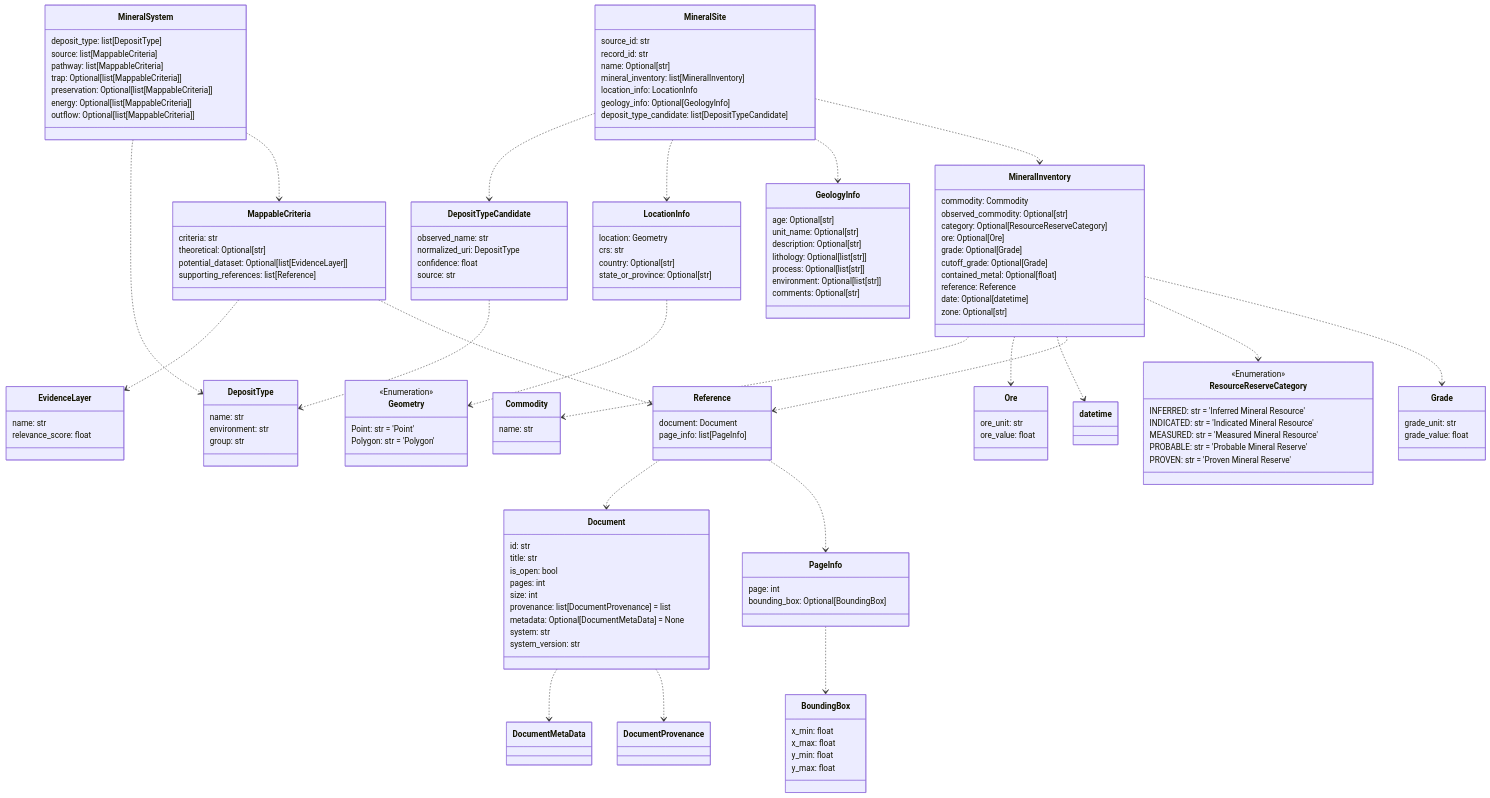
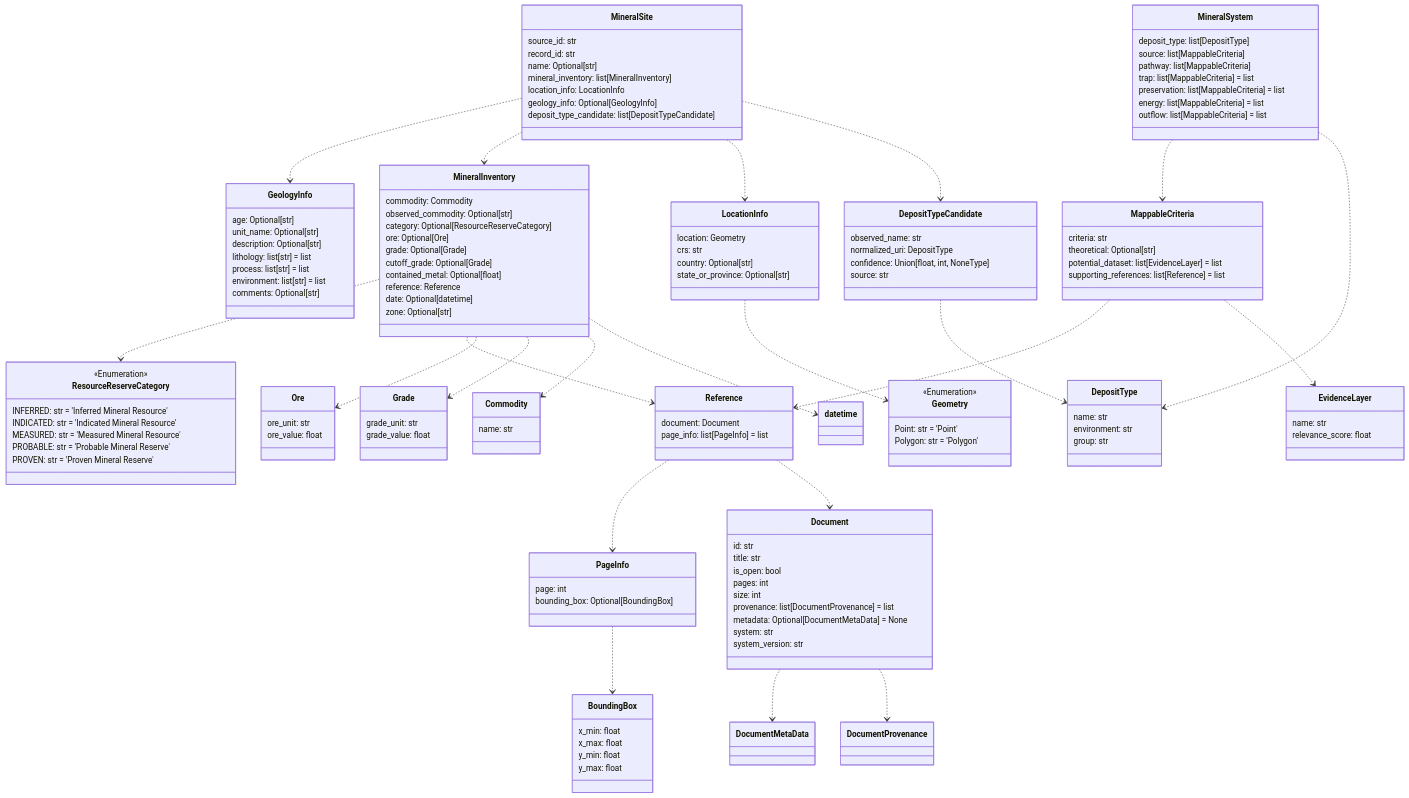
The tenth of 12 diagrams in README.md (DARPA-CRITICALMAAS/cdr_schemas), drawn with Mermaid before and after one commit. The commit also changed other lines of this file and 7 other files, not shown here.

````diff
--- a/README.md
+++ b/README.md
@@ -737,71 +737,11 @@
 ```mermaid
 classDiagram
-
-    class Commodity {
-        name: str
-    }
-
-    class Grade {
-        grade_unit: str
-        grade_value: float
-    }
-
-    class Reference {
-        document: Document
-        page_info: list[PageInfo]
-    }
 
     class MappableCriteria {
         criteria: str
         theoretical: Optional[str]
-        potential_dataset: Optional[list[EvidenceLayer]]
-        supporting_references: list[Reference]
-    }
-
-    class EvidenceLayer {
-        name: str
-        relevance_score: float
-    }
-
-    class MineralSystem {
-        deposit_type: list[DepositType]
-        source: list[MappableCriteria]
-        pathway: list[MappableCriteria]
-        trap: Optional[list[MappableCriteria]]
-        preservation: Optional[list[MappableCriteria]]
-        energy: Optional[list[MappableCriteria]]
-        outflow: Optional[list[MappableCriteria]]
-    }
-
-    class Ore {
-        ore_unit: str
-        ore_value: float
-    }
-
-    class GeologyInfo {
-        age: Optional[str]
-        unit_name: Optional[str]
-        description: Optional[str]
-        lithology: Optional[list[str]]
-        process: Optional[list[str]]
-        environment: Optional[list[str]]
-        comments: Optional[str]
-    }
-
-    class MineralSite {
-        source_id: str
-        record_id: str
-        name: Optional[str]
-        mineral_inventory: list[MineralInventory]
-        location_info: LocationInfo
-        geology_info: Optional[GeologyInfo]
-        deposit_type_candidate: list[DepositTypeCandidate]
-    }
-
-    class Geometry {
-        <<Enumeration>>
-        Point: str = 'Point'
-        Polygon: str = 'Polygon'
+        potential_dataset: list[EvidenceLayer] = list
+        supporting_references: list[Reference] = list
     }
 
     class LocationInfo {
@@ -811,25 +751,15 @@
         state_or_province: Optional[str]
     }
 
-    class Document {
-        id: str
-        title: str
-        is_open: bool
-        pages: int
-        size: int
-        provenance: list[DocumentProvenance] = list
-        metadata: Optional[DocumentMetaData] = None
-        system: str
-        system_version: str
+    class Geometry {
+        <<Enumeration>>
+        Point: str = 'Point'
+        Polygon: str = 'Polygon'
     }
 
-    class ResourceReserveCategory {
-        <<Enumeration>>
-        INFERRED: str = 'Inferred Mineral Resource'
-        INDICATED: str = 'Indicated Mineral Resource'
-        MEASURED: str = 'Measured Mineral Resource'
-        PROBABLE: str = 'Probable Mineral Reserve'
-        PROVEN: str = 'Proven Mineral Reserve'
+    class EvidenceLayer {
+        name: str
+        relevance_score: float
     }
 
     class BoundingBox {
@@ -839,10 +769,9 @@
         y_max: float
     }
 
-    class DepositType {
-        name: str
-        environment: str
-        group: str
+    class PageInfo {
+        page: int
+        bounding_box: Optional[BoundingBox]
     }
 
     class MineralInventory {
@@ -858,39 +787,110 @@
         zone: Optional[str]
     }
 
-    class PageInfo {
-        page: int
-        bounding_box: Optional[BoundingBox]
+    class Document {
+        id: str
+        title: str
+        is_open: bool
+        pages: int
+        size: int
+        provenance: list[DocumentProvenance] = list
+        metadata: Optional[DocumentMetaData] = None
+        system: str
+        system_version: str
+    }
+
+    class Ore {
+        ore_unit: str
+        ore_value: float
+    }
+
+    class Commodity {
+        name: str
+    }
+
+    class MineralSite {
+        source_id: str
+        record_id: str
+        name: Optional[str]
+        mineral_inventory: list[MineralInventory]
+        location_info: LocationInfo
+        geology_info: Optional[GeologyInfo]
+        deposit_type_candidate: list[DepositTypeCandidate]
+    }
+
+    class ResourceReserveCategory {
+        <<Enumeration>>
+        INFERRED: str = 'Inferred Mineral Resource'
+        INDICATED: str = 'Indicated Mineral Resource'
+        MEASURED: str = 'Measured Mineral Resource'
+        PROBABLE: str = 'Probable Mineral Reserve'
+        PROVEN: str = 'Proven Mineral Reserve'
+    }
+
+    class Reference {
+        document: Document
+        page_info: list[PageInfo] = list
+    }
+
+    class MineralSystem {
+        deposit_type: list[DepositType]
+        source: list[MappableCriteria]
+        pathway: list[MappableCriteria]
+        trap: list[MappableCriteria] = list
+        preservation: list[MappableCriteria] = list
+        energy: list[MappableCriteria] = list
+        outflow: list[MappableCriteria] = list
     }
 
     class DepositTypeCandidate {
         observed_name: str
         normalized_uri: DepositType
-        confidence: float
+        confidence: Union[float, int, NoneType]
         source: str
+    }
+
+    class DepositType {
+        name: str
+        environment: str
+        group: str
+    }
+
+    class Grade {
+        grade_unit: str
+        grade_value: float
+    }
+
+    class GeologyInfo {
+        age: Optional[str]
+        unit_name: Optional[str]
+        description: Optional[str]
+        lithology: list[str] = list
+        process: list[str] = list
+        environment: list[str] = list
+        comments: Optional[str]
     }
 
     Document ..> DocumentMetaData
     Document ..> DocumentProvenance
     DepositTypeCandidate ..> DepositType
     PageInfo ..> BoundingBox
+    Reference ..> PageInfo
     Reference ..> Document
-    Reference ..> PageInfo
+    MappableCriteria ..> Reference
     MappableCriteria ..> EvidenceLayer
-    MappableCriteria ..> Reference
+    MineralSystem ..> MappableCriteria
     MineralSystem ..> DepositType
-    MineralSystem ..> MappableCriteria
+    MineralInventory ..> ResourceReserveCategory
+    MineralInventory ..> Reference
+    MineralInventory ..> Ore
+    MineralInventory ..> Grade
     MineralInventory ..> Commodity
-    MineralInventory ..> Ore
     MineralInventory ..> datetime
-    MineralInventory ..> Reference
-    MineralInventory ..> ResourceReserveCategory
-    MineralInventory ..> Grade
     LocationInfo ..> Geometry
-    MineralSite ..> DepositTypeCandidate
-    MineralSite ..> LocationInfo
     MineralSite ..> GeologyInfo
     MineralSite ..> MineralInventory
+    MineralSite ..> LocationInfo
+    MineralSite ..> DepositTypeCandidate
 
 
 ```
````
